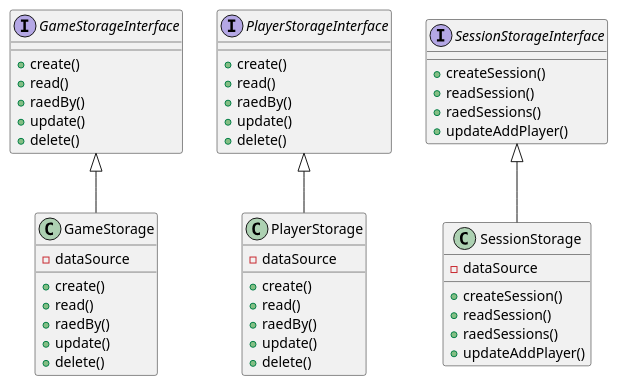
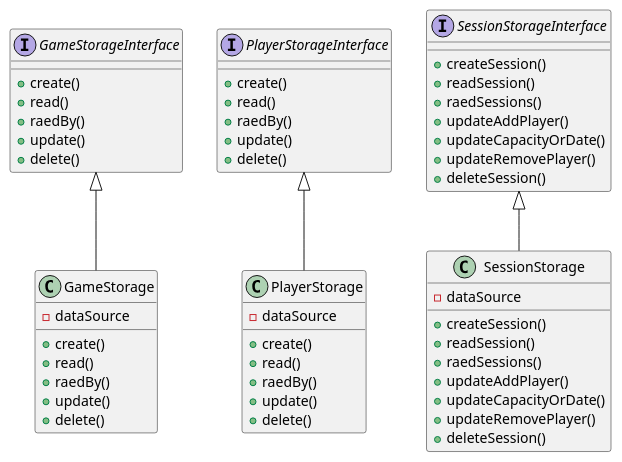
The diagram in phase2/src/main/kotlin/pt/isel/ls/storage/StorageDiagram.puml (Thuzys/Session_Control), drawn with PlantUML before and after one commit. The commit also changed 14 other files, not shown here.

```diff
--- a/phase2/src/main/kotlin/pt/isel/ls/storage/StorageDiagram.puml
+++ b/phase2/src/main/kotlin/pt/isel/ls/storage/StorageDiagram.puml
@@ -1,57 +1,63 @@
 @startuml
 'https://plantuml.com/sequence-diagram
 
 Interface GameStorageInterface {
     + create()
     + read()
     + raedBy()
     + update()
     + delete()
 }
 
 Interface PlayerStorageInterface {
     + create()
     + read()
     + raedBy()
     + update()
     + delete()
 }
 
 Interface SessionStorageInterface {
     + createSession()
     + readSession()
     + raedSessions()
     + updateAddPlayer()
+    + updateCapacityOrDate()
+    + updateRemovePlayer()
+    + deleteSession()
 }
 
 class GameStorage {
     + create()
     + read()
     + raedBy()
     + update()
     + delete()
     - dataSource
 }
 
 class PlayerStorage {
     + create()
     + read()
     + raedBy()
     + update()
     + delete()
     - dataSource
 }
 
 class SessionStorage {
     + createSession()
     + readSession()
     + raedSessions()
     + updateAddPlayer()
+    + updateCapacityOrDate()
+    + updateRemovePlayer()
+    + deleteSession()
     - dataSource
 }
 
 GameStorageInterface <|-- GameStorage
 PlayerStorageInterface <|-- PlayerStorage
 SessionStorageInterface <|-- SessionStorage
 
 @enduml
```
